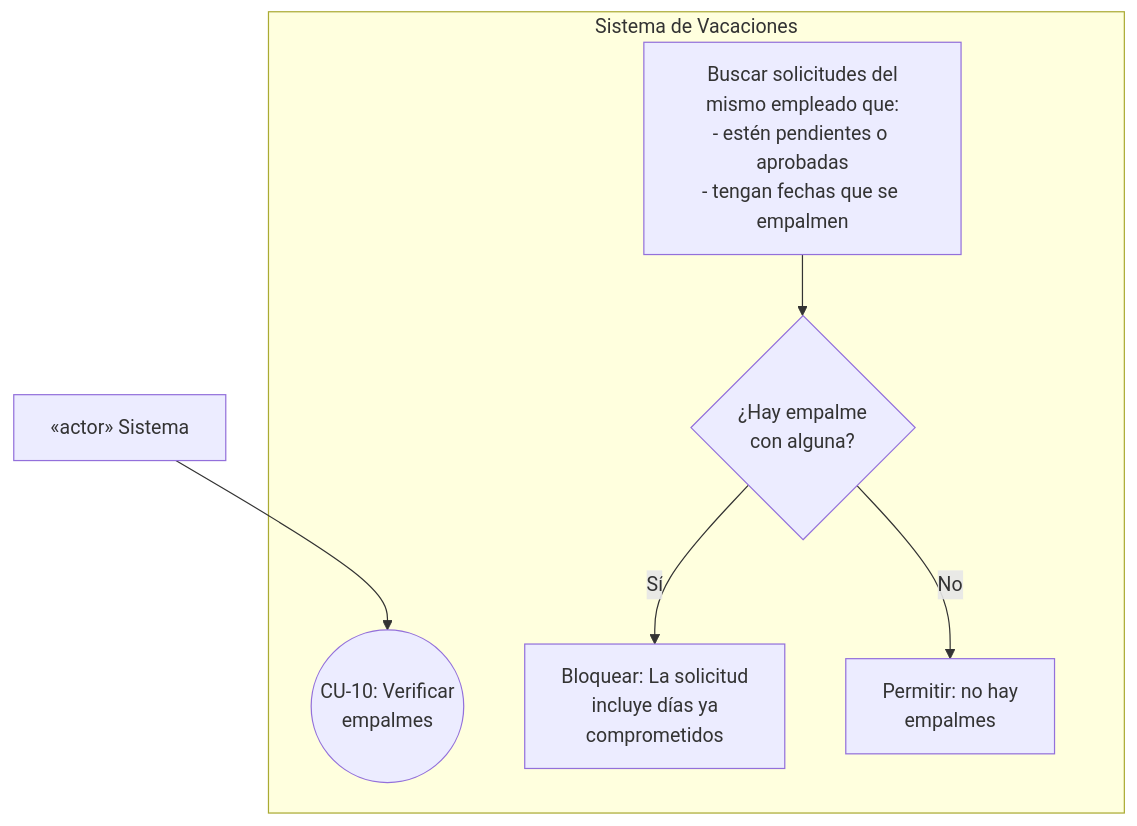
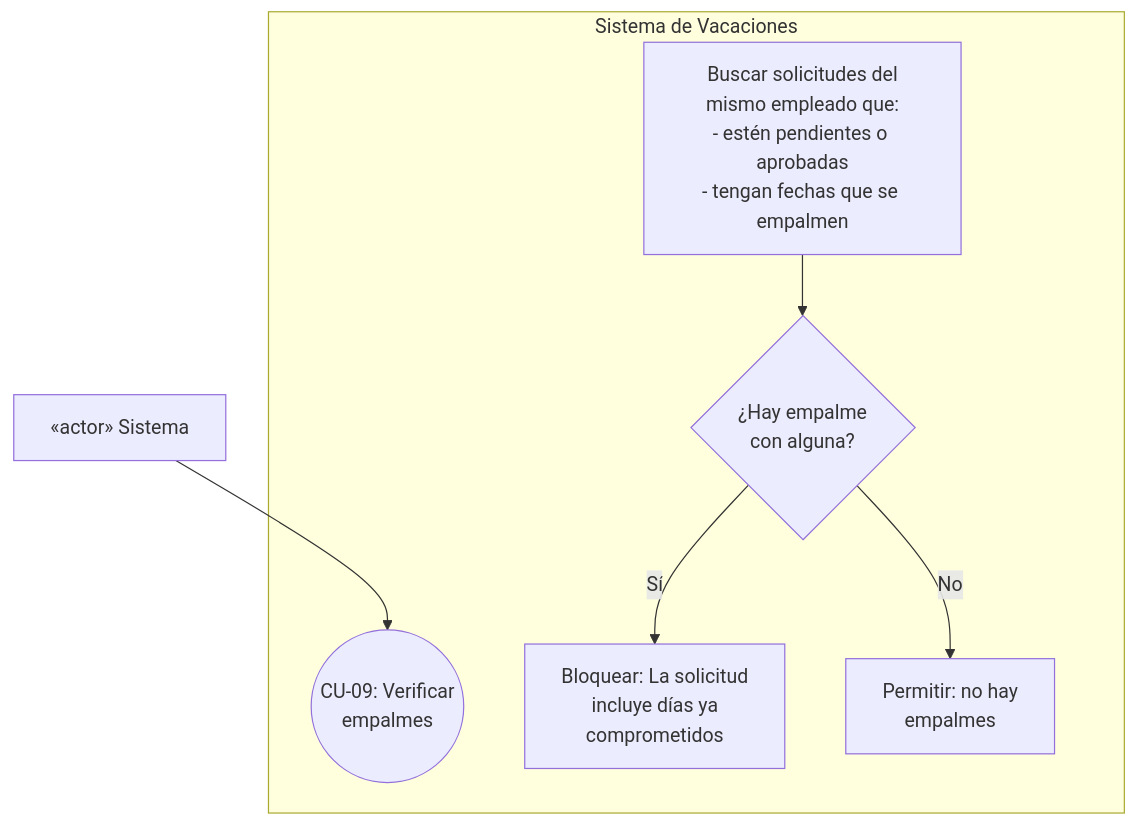
Before and after one commit to Oscar26-zs/Solicitud_de_Vacaciones: the ninth of 19 diagrams in docs/use-case-diagrams.md, drawn with Mermaid. The commit also changed other lines of this file and 1 other file, not shown here.

````diff
--- a/docs/use-case-diagrams.md
+++ b/docs/use-case-diagrams.md
@@ -258,15 +237,15 @@
 ```mermaid
 graph TB
     subgraph S["Sistema de Vacaciones"]
-        CU10(("CU-10: Verificar<br/>empalmes"))
+        CU09(("CU-09: Verificar<br/>empalmes"))
         B1[Buscar solicitudes del<br/>mismo empleado que:<br/>- estén pendientes o aprobadas<br/>- tengan fechas que se empalmen]
         B2{¿Hay empalme<br/>con alguna?}
         B3[Bloquear: La solicitud<br/>incluye días ya<br/>comprometidos]
         B4[Permitir: no hay<br/>empalmes]
 
         B1 --> B2
         B2 -->|Sí| B3
         B2 -->|No| B4
     end
-    Sis["«actor» Sistema"] --> CU10
+    Sis["«actor» Sistema"] --> CU09
 ```
````
